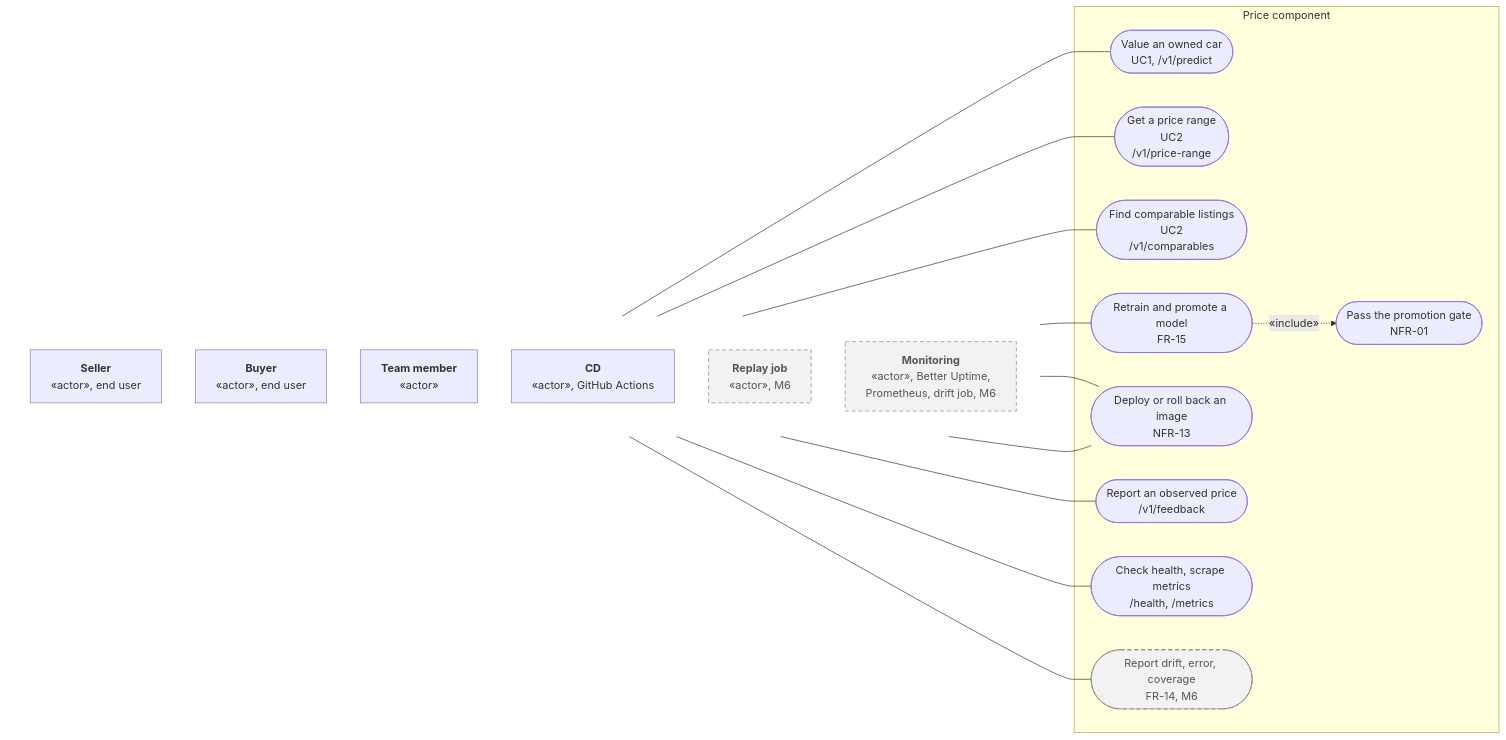
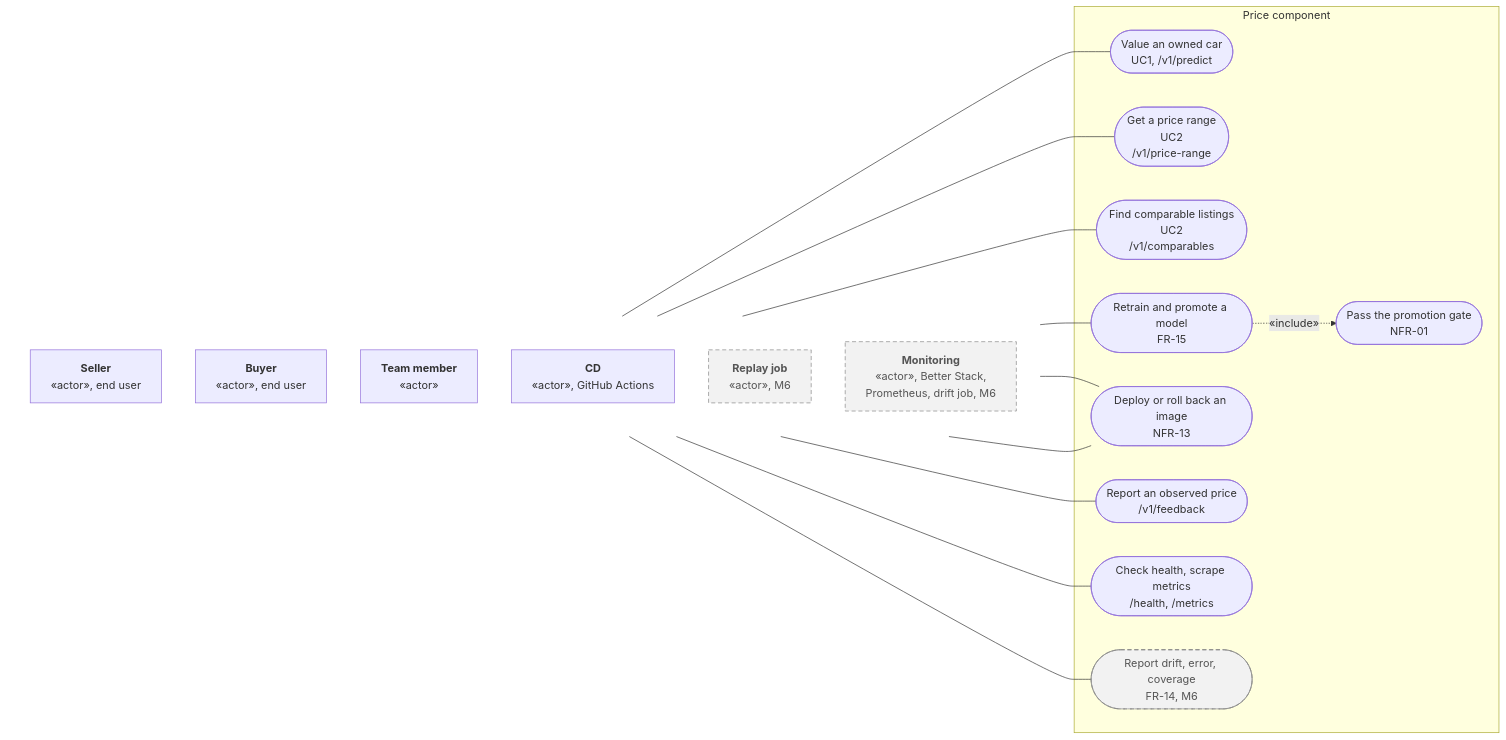
One commit to mlops-2627q1-mds-upc/MLOPS_Recommenditos changed the first of 8 diagrams in docs/docs/architecture.md. Above: the diagram before and after it, drawn with Mermaid. The commit also changed other lines of this file and 9 other files, not shown here.

First line of the commit message:
feat: check the API's /health from outside with Better Stack and report its uptime (#280)

````diff
--- a/docs/docs/architecture.md
+++ b/docs/docs/architecture.md
@@ -29,40 +29,40 @@
 ```mermaid
 flowchart LR
     subgraph u_left[" "]
         direction TB
         u_seller["<b>Seller</b><br/>«actor», end user"]
         u_buyer["<b>Buyer</b><br/>«actor», end user"]
         u_team["<b>Team member</b><br/>«actor»"]
         u_cd["<b>CD</b><br/>«actor», GitHub Actions"]
         u_replay["<b>Replay job</b><br/>«actor», M6"]
-        u_monitor["<b>Monitoring</b><br/>«actor», Better Uptime,<br/>Prometheus, drift job, M6"]
+        u_monitor["<b>Monitoring</b><br/>«actor», Better Stack,<br/>Prometheus, drift job, M6"]
     end
 
     subgraph u_system["Price component"]
         u_uc1(["Value an owned car<br/>UC1, /v1/predict"])
         u_uc2(["Get a price range<br/>UC2<br/>/v1/price-range"])
         u_comp(["Find comparable listings<br/>UC2<br/>/v1/comparables"])
         u_retrain(["Retrain and promote a model<br/>FR-15"])
         u_gate(["Pass the promotion gate<br/>NFR-01"])
         u_deploy(["Deploy or roll back an image<br/>NFR-13"])
         u_feedback(["Report an observed price<br/>/v1/feedback"])
         u_watch(["Check health, scrape metrics<br/>/health, /metrics"])
         u_drift(["Report drift, error, coverage<br/>FR-14, M6"])
     end
 
     u_seller --- u_uc1
     u_buyer --- u_uc2
     u_buyer --- u_comp
     u_team --- u_retrain
     u_team --- u_deploy
     u_cd --- u_deploy
     u_retrain -.->|"«include»"| u_gate
     u_replay --- u_feedback
     u_monitor --- u_watch
     u_monitor --- u_drift
 
     classDef later fill:#f2f2f2,stroke:#888,color:#555,stroke-dasharray:6 4
     classDef bare fill:none,stroke:none
     class u_replay,u_monitor,u_drift later
     class u_left bare
 ```
````
